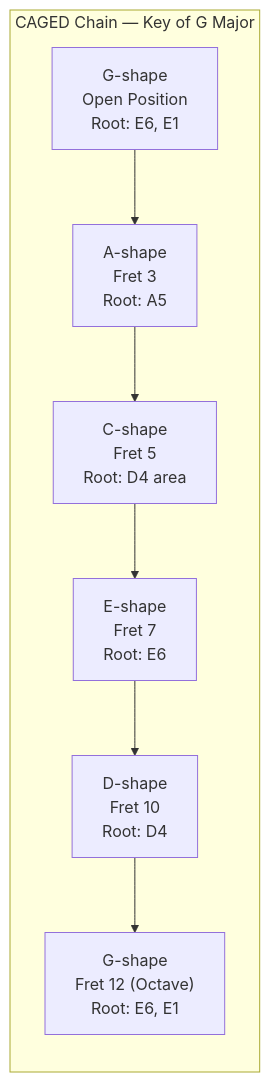
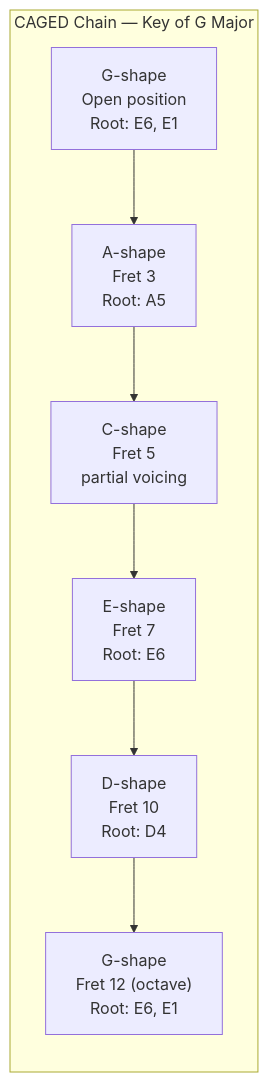
Before and after one commit to blebleblee/synapse: the first of 5 diagrams in topics/arts/music_performance/electric_guitar/labs.md, drawn with Mermaid. The commit also changed other lines of this file and 3 other files, not shown here.

````diff
--- a/topics/arts/music_performance/electric_guitar/labs.md
+++ b/topics/arts/music_performance/electric_guitar/labs.md
@@ -184,10 +115,10 @@
 ```mermaid
 graph LR
     subgraph sub_caged ["CAGED Chain — Key of G Major"]
-        A["G-shape\nOpen Position\nRoot: E6, E1"] --> B["A-shape\nFret 3\nRoot: A5"]
-        B --> C["C-shape\nFret 5\nRoot: D4 area"]
-        C --> D["E-shape\nFret 7\nRoot: E6"]
-        D --> E["D-shape\nFret 10\nRoot: D4"]
-        E --> F["G-shape\nFret 12 (Octave)\nRoot: E6, E1"]
+        A["G-shape<br/>Open position<br/>Root: E6, E1"] --> B["A-shape<br/>Fret 3<br/>Root: A5"]
+        B --> C["C-shape<br/>Fret 5<br/>partial voicing"]
+        C --> D["E-shape<br/>Fret 7<br/>Root: E6"]
+        D --> E["D-shape<br/>Fret 10<br/>Root: D4"]
+        E --> F["G-shape<br/>Fret 12 (octave)<br/>Root: E6, E1"]
     end
 ```
````
